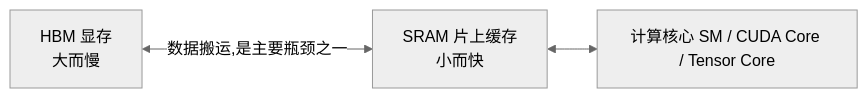
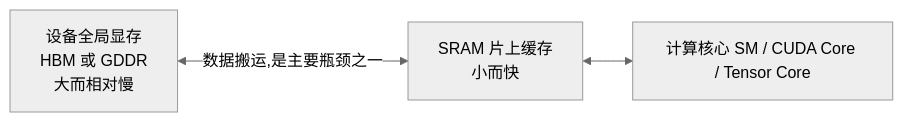
One commit to AI-learning-simple/Build-Your-Own-LLM changed the second of 5 diagrams in 2. Alignment 与训练工程/6. GPU 基础与算子——训练与推理工程的硬件基础.md. Above: the diagram before and after it, drawn with Mermaid (neutral theme). The commit also changed other lines of this file and 31 other files, not shown here.

````diff
--- a/2. Alignment 与训练工程/6. GPU 基础与算子——训练与推理工程的硬件基础.md
+++ b/2. Alignment 与训练工程/6. GPU 基础与算子——训练与推理工程的硬件基础.md
@@ -52,5 +52,5 @@
 ```mermaid
 flowchart LR
-    A[HBM 显存<br/>大而慢] <-->|"数据搬运,是主要瓶颈之一"| B[SRAM 片上缓存<br/>小而快]
+    A[设备全局显存<br/>HBM 或 GDDR<br/>大而相对慢] <-->|"数据搬运,是主要瓶颈之一"| B[SRAM 片上缓存<br/>小而快]
     B <--> C[计算核心 SM / CUDA Core / Tensor Core]
 ```
````
